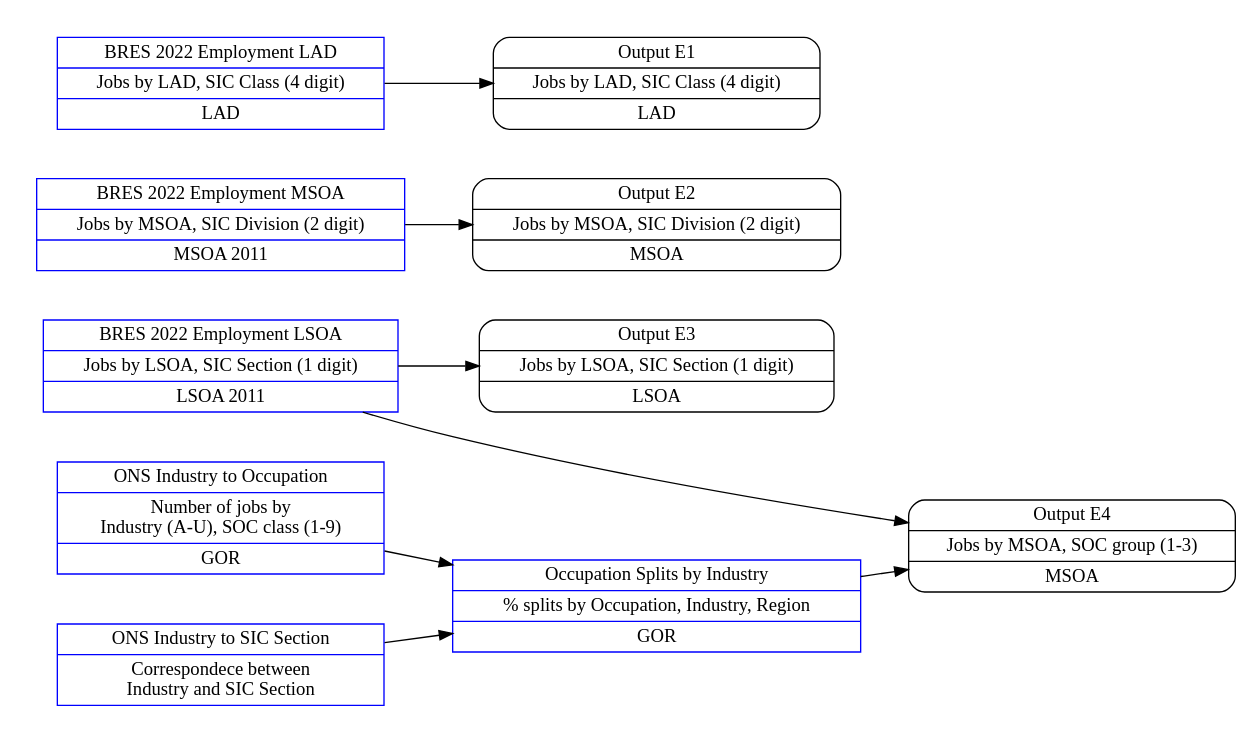
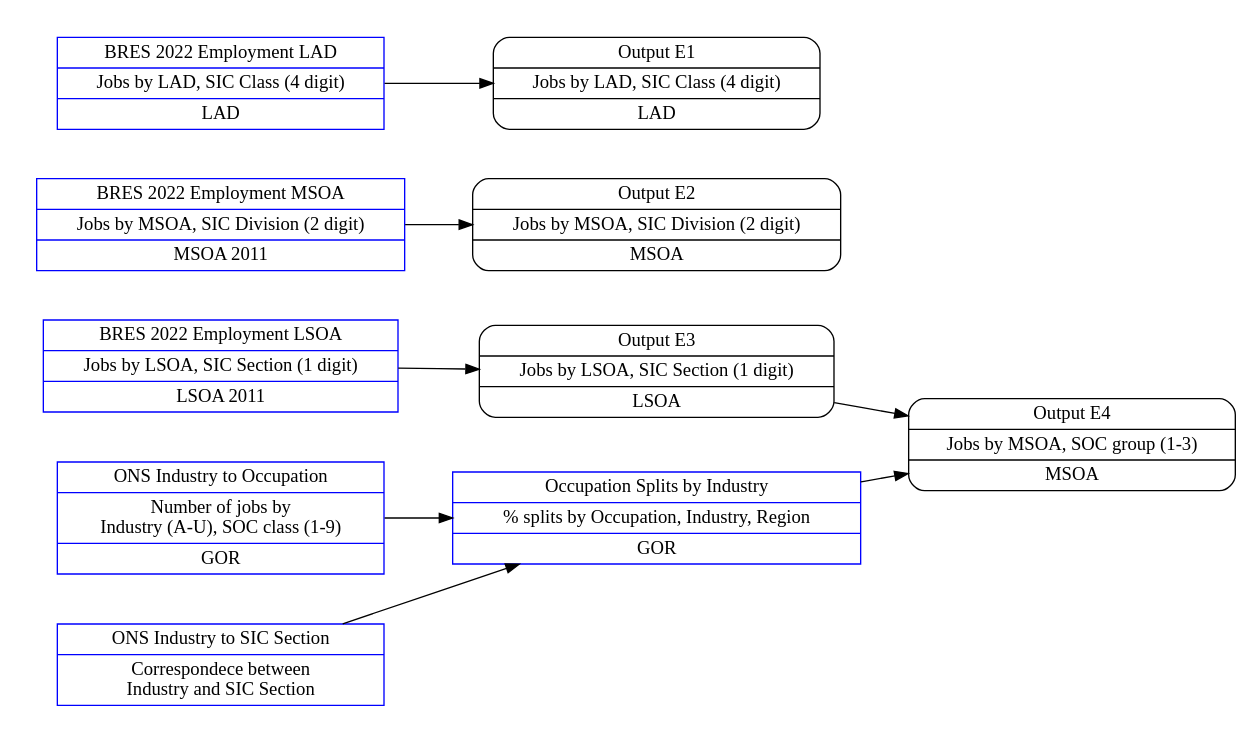
The second of 2 diagrams in docs/base_model_structure.rst (asongtoruin/Land-Use), drawn with Graphviz before and after one commit.

Commit message:
Update employment flowchart to make path clearer

```diff
--- a/docs/base_model_structure.rst
+++ b/docs/base_model_structure.rst
@@ -90,41 +90,41 @@
 .. graphviz::
 
     digraph G {
         rankdir="LR"
         nodesep=0.5
         node [shape=record, color=blue width=3.4]
             subgraph cluster_inputs{
                 peripheries=0
                 rank="same"
 
                 table_1 [label="BRES 2022 Employment LAD|Jobs by LAD, SIC Class (4 digit)|LAD"];
                 table_2 [label="BRES 2022 Employment MSOA|Jobs by MSOA, SIC Division (2 digit)|MSOA 2011"];
                 table_3 [label="BRES 2022 Employment LSOA|Jobs by LSOA, SIC Section (1 digit)|LSOA 2011"];
                 table_4 [label="ONS Industry to Occupation|Number of jobs by\nIndustry (A-U), SOC class (1-9)|GOR"];
                 table_5 [label="ONS Industry to SIC Section|Correspondece between\nIndustry and SIC Section"];
             }
             
             
         node [shape=record, color=blue width=3.4]
             subgraph cluster_inputs{
                 peripheries=0
 
                 table_6 [label="Occupation Splits by Industry|% splits by Occupation, Industry, Region|GOR"];
             }
 
         node [style=rounded, color=black]
             output_e1 [label="Output E1|Jobs by LAD, SIC Class (4 digit)|LAD"];
             output_e2 [label="Output E2|Jobs by MSOA, SIC Division (2 digit)|MSOA"];
             output_e3 [label="Output E3|Jobs by LSOA, SIC Section (1 digit)|LSOA"];
             output_e4 [label="Output E4|Jobs by MSOA, SOC group (1-3)|MSOA"];
             {rank="same" output_e1 table_6};
 
         table_1 -> output_e1;
         table_2 -> output_e2;
         table_3 -> output_e3;
         table_4 -> table_6;
         table_5 -> table_6;
-        table_3 -> output_e4;
+        output_e3 -> output_e4;
         table_6 -> output_e4;
 
     }
```
